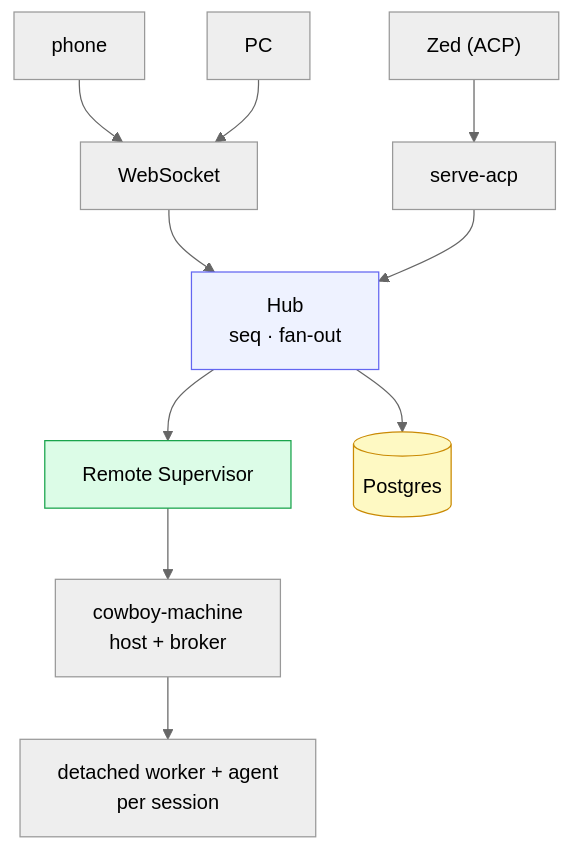
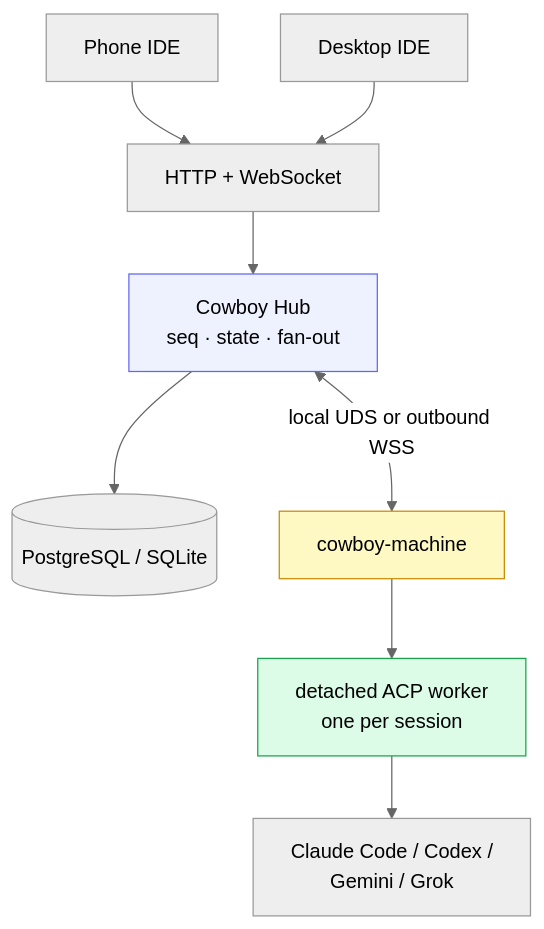
Before and after one commit to dravengarden/cowboy: the first of 2 diagrams in docs/architecture/00-overview.md, drawn with Mermaid (neutral theme). The commit also changed other lines of this file and 18 other files, not shown here.

Commit message:
docs: align architecture with the remote agent IDE

````diff
--- a/docs/architecture/00-overview.md
+++ b/docs/architecture/00-overview.md
@@ -41,16 +32,14 @@
 ```mermaid
 flowchart TB
-    PH["phone"] --> WS
-    PC["PC"] --> WS
-    ZED["Zed (ACP)"] --> ACPF["serve-acp"]
-    WS["WebSocket"] --> HUB
-    ACPF --> HUB
-    HUB["Hub<br/>seq · fan-out"] --> SUP["Remote Supervisor"]
-    HUB --> PG[("Postgres")]
-    SUP --> MH["cowboy-machine<br/>host + broker"]
-    MH --> AG["detached worker + agent<br/>per session"]
+    PHONE["Phone IDE"] --> HTTP["HTTP + WebSocket"]
+    DESKTOP["Desktop IDE"] --> HTTP
+    HTTP --> HUB["Cowboy Hub<br/>seq · state · fan-out"]
+    HUB --> STORE[("PostgreSQL / SQLite")]
+    HUB <-->|"local UDS or outbound WSS"| MACHINE["cowboy-machine"]
+    MACHINE --> WORKER["detached ACP worker<br/>one per session"]
+    WORKER --> PROVIDER["Claude Code / Codex /<br/>Gemini / Grok"]
 
     style HUB fill:#eef2ff,stroke:#6366f1
-    style SUP fill:#dcfce7,stroke:#16a34a
-    style PG fill:#fef9c3,stroke:#ca8a04
+    style MACHINE fill:#fef9c3,stroke:#ca8a04
+    style WORKER fill:#dcfce7,stroke:#16a34a
 ```
````
